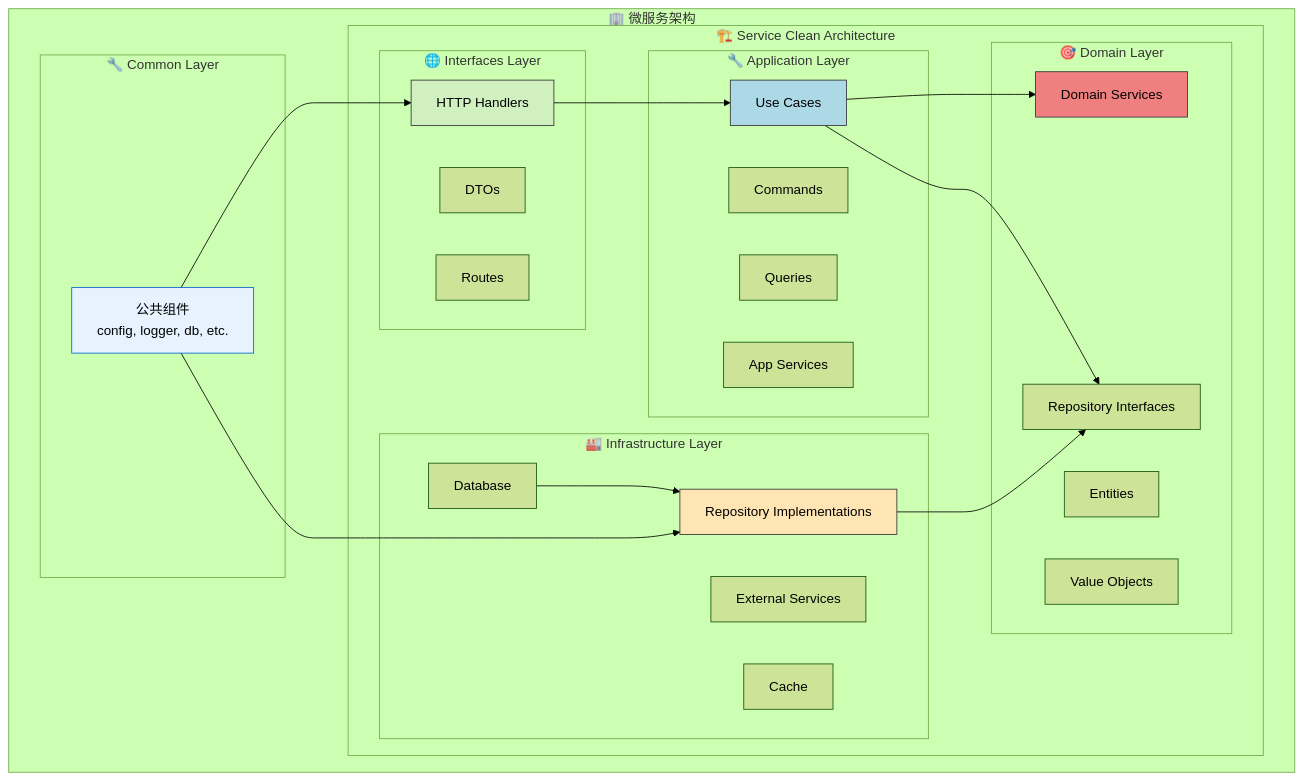
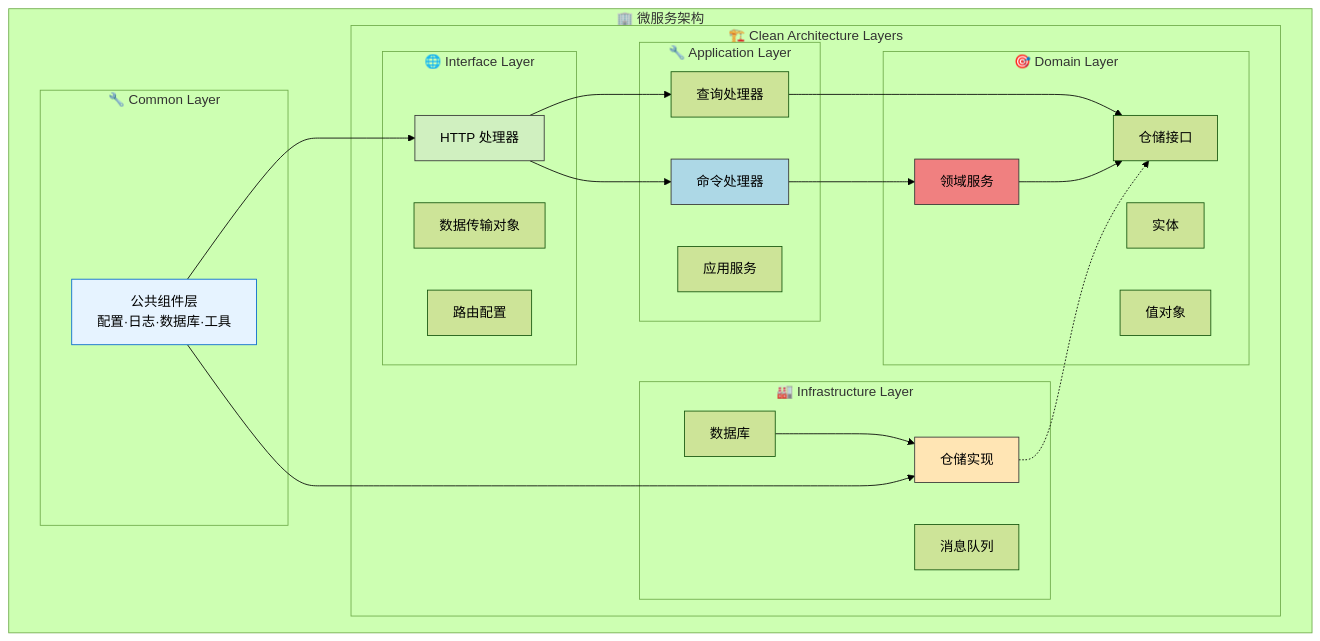
The diagram in README.md (bisenliu/go-micro-scaffold), drawn with Mermaid (forest theme) before and after one commit. The commit also changed other lines of this file and 2 other files, not shown here.

````diff
--- a/README.md
+++ b/README.md
@@ -286,51 +262,51 @@
 ```mermaid
 graph TB
     subgraph "🏢 微服务架构"
         subgraph "🔧 Common Layer"
-            CM[公共组件<br/>config, logger, db, etc.]
+            CM[公共组件层<br/>配置·日志·数据库·工具]
         end
         
-        subgraph "🏗️ Service Clean Architecture"
-            subgraph "🌐 Interfaces Layer"
-                HTTP[HTTP Handlers]
-                DTO[DTOs]
-                ROUTE[Routes]
+        subgraph "🏗️ Clean Architecture Layers"
+            subgraph "🌐 Interface Layer"
+                HTTP[HTTP 处理器]
+                DTO[数据传输对象]
+                ROUTE[路由配置]
             end
             
             subgraph "🔧 Application Layer"
-                UC[Use Cases]
-                CMD[Commands]
-                QRY[Queries]
-                SVC[App Services]
+                CMD[命令处理器]
+                QRY[查询处理器]
+                SVC[应用服务]
             end
             
             subgraph "🎯 Domain Layer"
-                ENT[Entities]
-                VO[Value Objects]
-                REPO[Repository Interfaces]
-                DOM_SVC[Domain Services]
+                ENT[实体]
+                VO[值对象]
+                REPO[仓储接口]
+                DOM_SVC[领域服务]
             end
             
             subgraph "🏭 Infrastructure Layer"
-                REPO_IMPL[Repository Implementations]
-                DB[Database]
-                EXT[External Services]
-                CACHE[Cache]
+                REPO_IMPL[仓储实现]
+                DB[数据库]
+                MSG[消息队列]
             end
         end
     end
     
-    HTTP --> UC
-    UC --> DOM_SVC
-    UC --> REPO
-    REPO_IMPL --> REPO
+    HTTP --> CMD
+    HTTP --> QRY
+    CMD --> DOM_SVC
+    QRY --> REPO
+    DOM_SVC --> REPO
+    REPO_IMPL -.-> REPO
     DB --> REPO_IMPL
     CM --> HTTP
     CM --> REPO_IMPL
     
     style CM fill:#E6F3FF,stroke:#0066CC
     style HTTP fill:#D0F0C0,stroke:#333
-    style UC fill:#ADD8E6,stroke:#333
+    style CMD fill:#ADD8E6,stroke:#333
     style DOM_SVC fill:#F08080,stroke:#333
     style REPO_IMPL fill:#FFE5B4,stroke:#333
 ```
````
